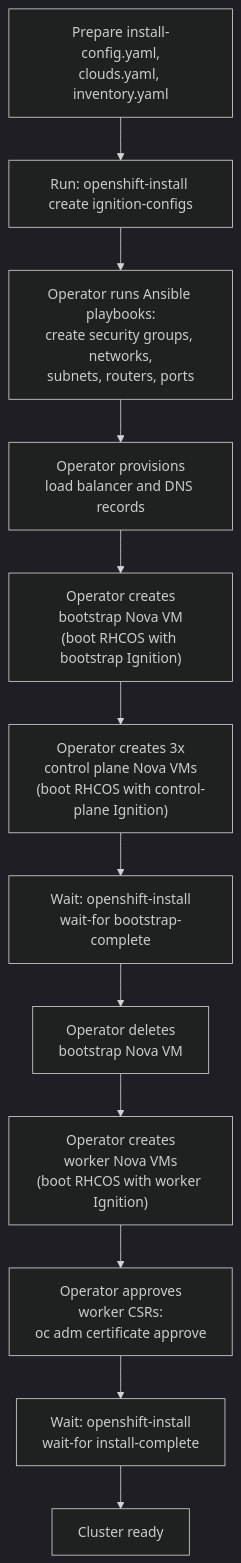
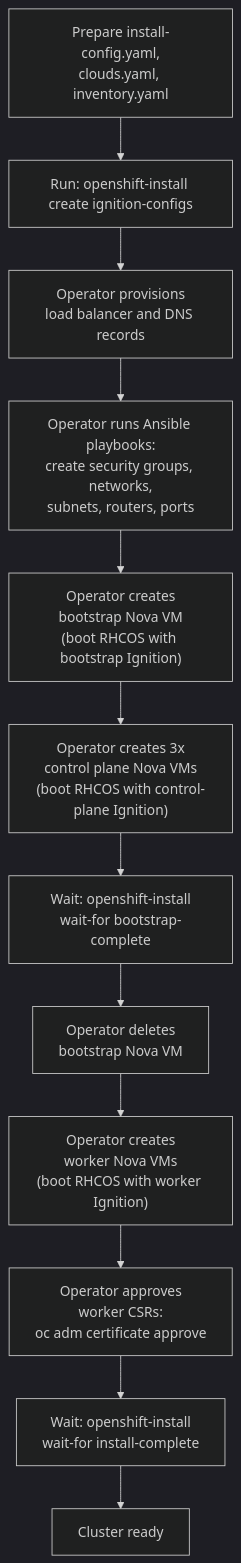
One commit to sawoohoorun/ocp-deployment-mode changed the third of 10 diagrams in docs/openshift-on-rhoso-openstack-deployment-comparison.md. Above: the diagram before and after it, drawn with Mermaid (dark theme). The commit also changed other lines of this file and 1 other file, not shown here.

````diff
--- a/docs/openshift-on-rhoso-openstack-deployment-comparison.md
+++ b/docs/openshift-on-rhoso-openstack-deployment-comparison.md
@@ -140,14 +140,14 @@
 ```mermaid
 flowchart TD
     A["Prepare install-config.yaml,\nclouds.yaml, inventory.yaml"] --> B["Run: openshift-install create ignition-configs"]
-    B --> C["Operator runs Ansible playbooks:\ncreate security groups, networks,\nsubnets, routers, ports"]
-    C --> D["Operator provisions\nload balancer and DNS records"]
+    B --> C["Operator provisions\nload balancer and DNS records"]
+    C --> D["Operator runs Ansible playbooks:\ncreate security groups, networks,\nsubnets, routers, ports"]
     D --> E["Operator creates\nbootstrap Nova VM\n(boot RHCOS with bootstrap Ignition)"]
     E --> F["Operator creates 3x\ncontrol plane Nova VMs\n(boot RHCOS with control-plane Ignition)"]
     F --> G["Wait: openshift-install\nwait-for bootstrap-complete"]
     G --> H["Operator deletes\nbootstrap Nova VM"]
     H --> I["Operator creates\nworker Nova VMs\n(boot RHCOS with worker Ignition)"]
     I --> J["Operator approves\nworker CSRs:\noc adm certificate approve"]
     J --> K["Wait: openshift-install\nwait-for install-complete"]
     K --> L["Cluster ready"]
 ```
````
